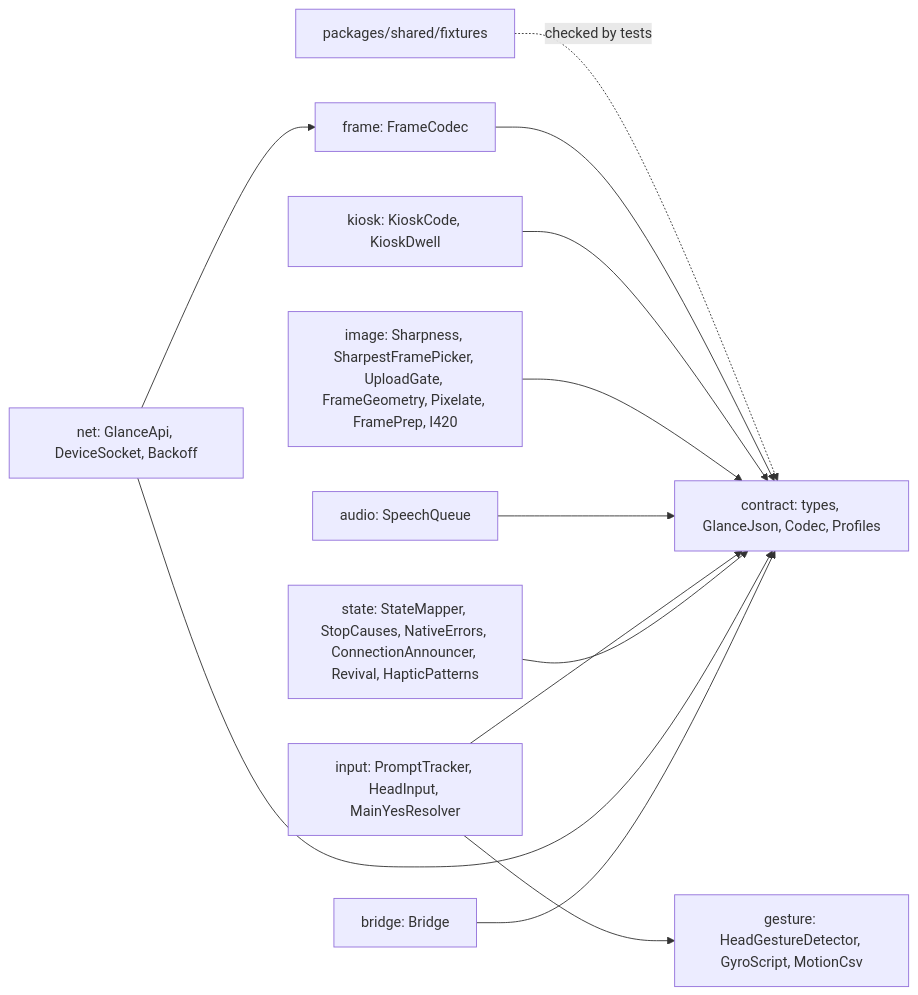
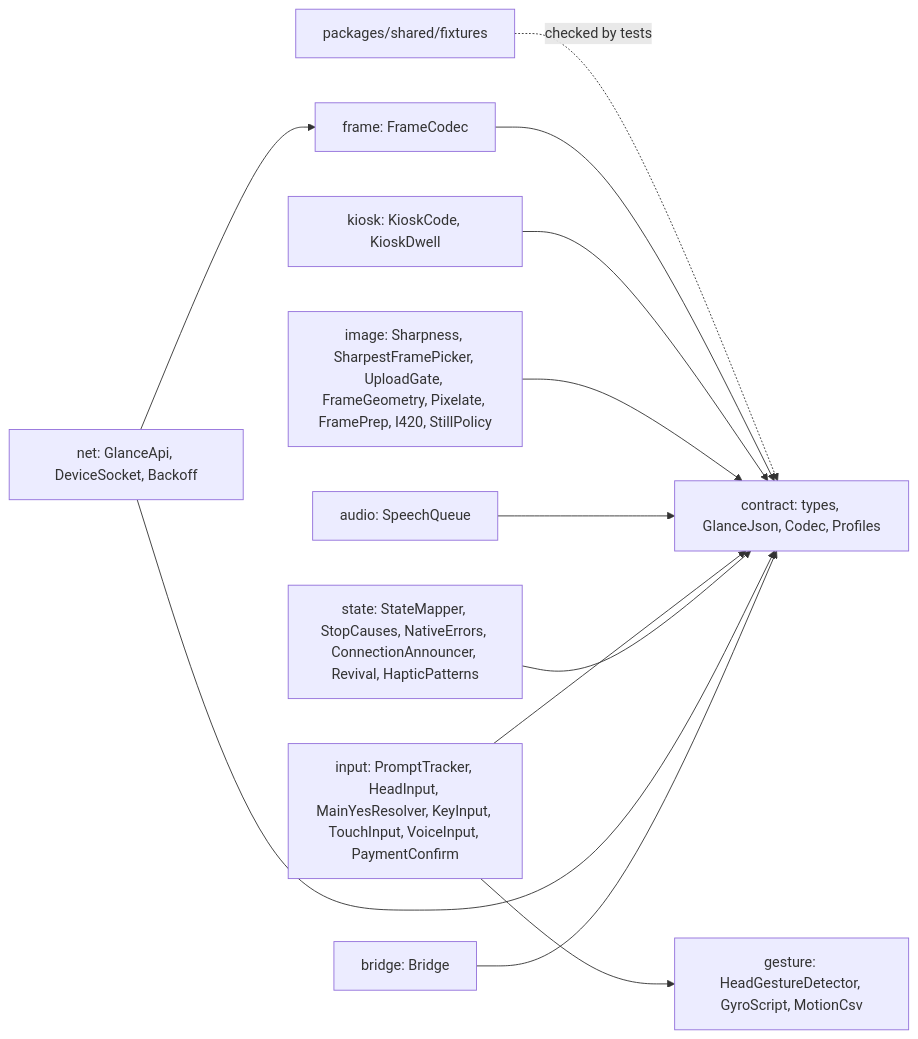
One commit to mrBymax/glance changed the fourth of 5 diagrams in apps/mobile/android/README.md. Above: the diagram before and after it, drawn with Mermaid. The commit also changed other lines of this file and 2 other files, not shown here.

Commit message:
docs(android): describe the payment prompt, the still photo, and the tests with the fake server of the app

````diff
--- a/apps/mobile/android/README.md
+++ b/apps/mobile/android/README.md
@@ -179,16 +185,16 @@
 ```mermaid
 flowchart LR
     Fixtures[packages/shared/fixtures] -. checked by tests .-> Contract
     Contract[contract: types, GlanceJson, Codec, Profiles]
     Frame[frame: FrameCodec] --> Contract
     Kiosk[kiosk: KioskCode, KioskDwell] --> Contract
-    Image[image: Sharpness, SharpestFramePicker, UploadGate, FrameGeometry, Pixelate, FramePrep, I420] --> Contract
+    Image[image: Sharpness, SharpestFramePicker, UploadGate, FrameGeometry, Pixelate, FramePrep, I420, StillPolicy] --> Contract
     Gesture[gesture: HeadGestureDetector, GyroScript, MotionCsv]
     Audio[audio: SpeechQueue] --> Contract
-    Input[input: PromptTracker, HeadInput, MainYesResolver] --> Contract
+    Input[input: PromptTracker, HeadInput, MainYesResolver, KeyInput, TouchInput, VoiceInput, PaymentConfirm] --> Contract
     Input --> Gesture
     State[state: StateMapper, StopCauses, NativeErrors, ConnectionAnnouncer, Revival, HapticPatterns] --> Contract
     Net[net: GlanceApi, DeviceSocket, Backoff] --> Contract
     Net --> Frame
     BridgeText[bridge: Bridge] --> Contract
 ```
````
